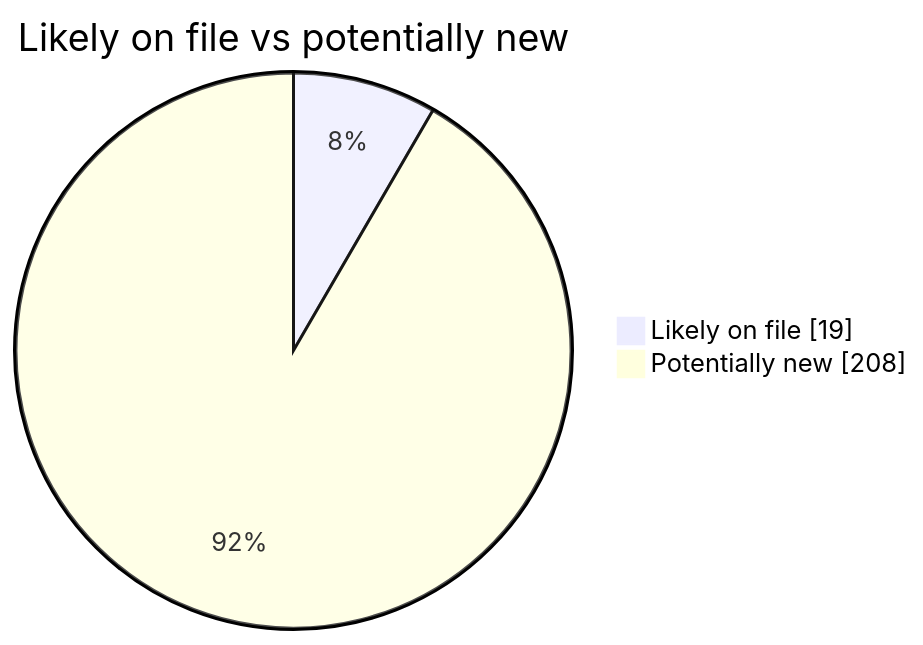
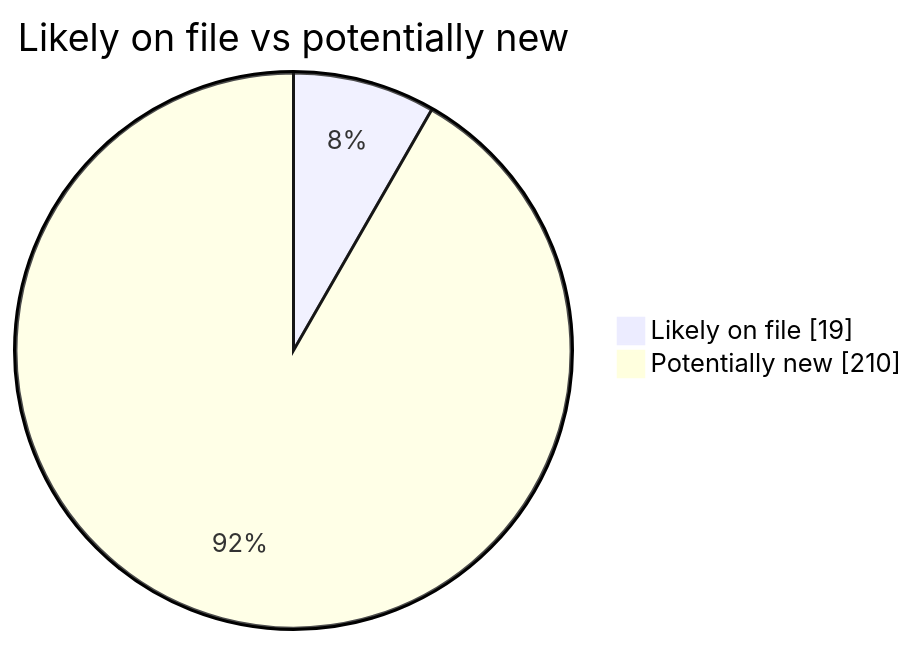
Before and after one commit to martinbalfanz/social-scanner-reports: the second of 4 diagrams in README.md, drawn with Mermaid. The commit also changed other lines of this file and 2 other files, not shown here.

````diff
--- a/README.md
+++ b/README.md
@@ -40,5 +40,5 @@
 ```mermaid
 pie showData title Likely on file vs potentially new
     "Likely on file" : 19
-    "Potentially new" : 208
+    "Potentially new" : 210
 ```
````
